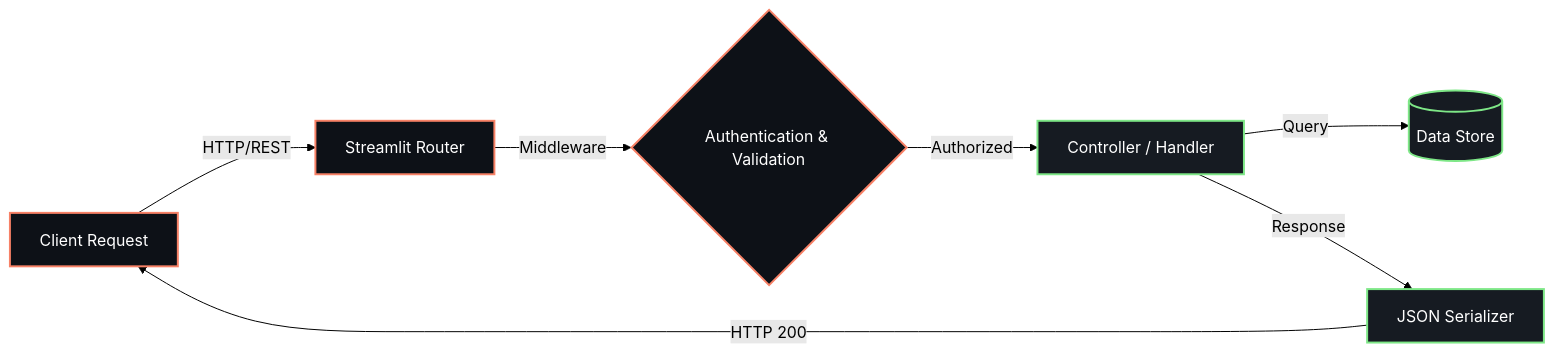
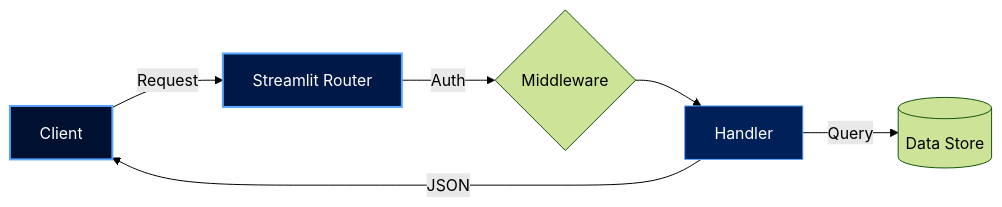
The diagram in README.md (Nytrynox/AadhaarInsight360), drawn with Mermaid (forest theme) before and after one commit. The commit also changed other lines of this file, not shown here.

````diff
--- a/README.md
+++ b/README.md
@@ -29,14 +34,12 @@
 ```mermaid
 graph LR;
-    A["Client Request"] -->|HTTP/REST| B["Streamlit Router"];
-    B -->|Middleware| C{"Authentication & Validation"};
-    C -->|Authorized| D["Controller / Handler"];
-    D -->|Query| E[(Data Store)];
-    D -->|Response| F["JSON Serializer"];
-    F -->|HTTP 200| A;
-    
-    classDef api fill:#0d1117,stroke:#f78166,stroke-width:2px,color:#fff;
-    classDef data fill:#161b22,stroke:#7ee787,stroke-width:2px,color:#fff;
-    class A,B,C api;
-    class D,E,F data;
+    A["Client"] -->|"Request"| B["Streamlit Router"];
+    B -->|"Auth"| C{"Middleware"};
+    C --> D["Handler"];
+    D -->|"Query"| E[(Data Store)];
+    D -->|"JSON"| A;
+
+    style A fill:#001030,stroke:#58a6ff,stroke-width:2px,color:#fff
+    style B fill:#001845,stroke:#58a6ff,stroke-width:2px,color:#fff
+    style D fill:#00205a,stroke:#58a6ff,stroke-width:1px,color:#fff
 ```
````
